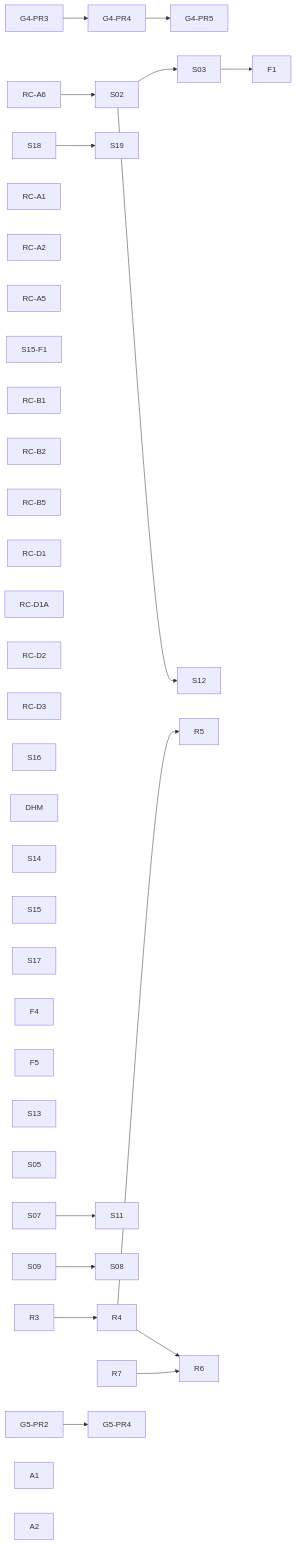
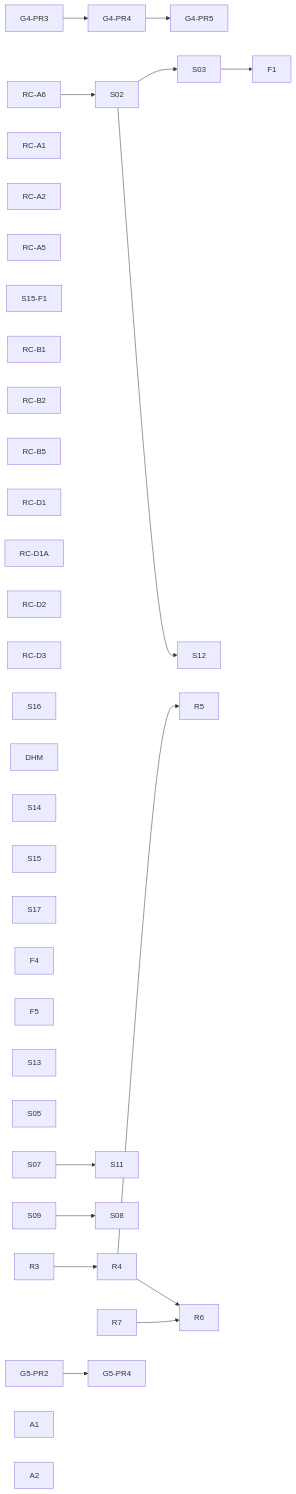
Before and after one commit to dunay2/dvt: the diagram in docs/planning/state/open-task-route.md, drawn with Mermaid. The commit also changed other lines of this file and 18 other files, not shown here.

````diff
--- a/docs/planning/state/open-task-route.md
+++ b/docs/planning/state/open-task-route.md
@@ -81,41 +80,40 @@
 ```mermaid
 flowchart LR
   G43[G4-PR3] --> G44[G4-PR4] --> G45[G4-PR5]
 
   RC_A6[RC-A6] --> S02[S02] --> S03[S03] --> F1[F1]
-  S18[S18] --> S19[S19]
   RC_A1[RC-A1]
   RC_A2[RC-A2]
   RC_A5[RC-A5]
   S15F1[S15-F1]
   RC_B1[RC-B1]
   RC_B2[RC-B2]
   RC_B5[RC-B5]
   RC_D1[RC-D1]
   RC_D1A[RC-D1A]
   RC_D2[RC-D2]
   RC_D3[RC-D3]
   S16[S16]
   DHM[DHM]
 
   S02 --> S12[S12]
   S14[S14]
   S15[S15]
   S17[S17]
   F4[F4]
   F5[F5]
   S13[S13]
   S05[S05]
 
   S07[S07] --> S11[S11]
   S09[S09] --> S08[S08]
 
   R3[R3] --> R4[R4] --> R5[R5]
   R4 --> R6[R6]
   R7[R7] --> R6
 
   G52[G5-PR2] --> G54[G5-PR4]
   A1[A1]
   A2[A2]
   DHM
 ```
````
